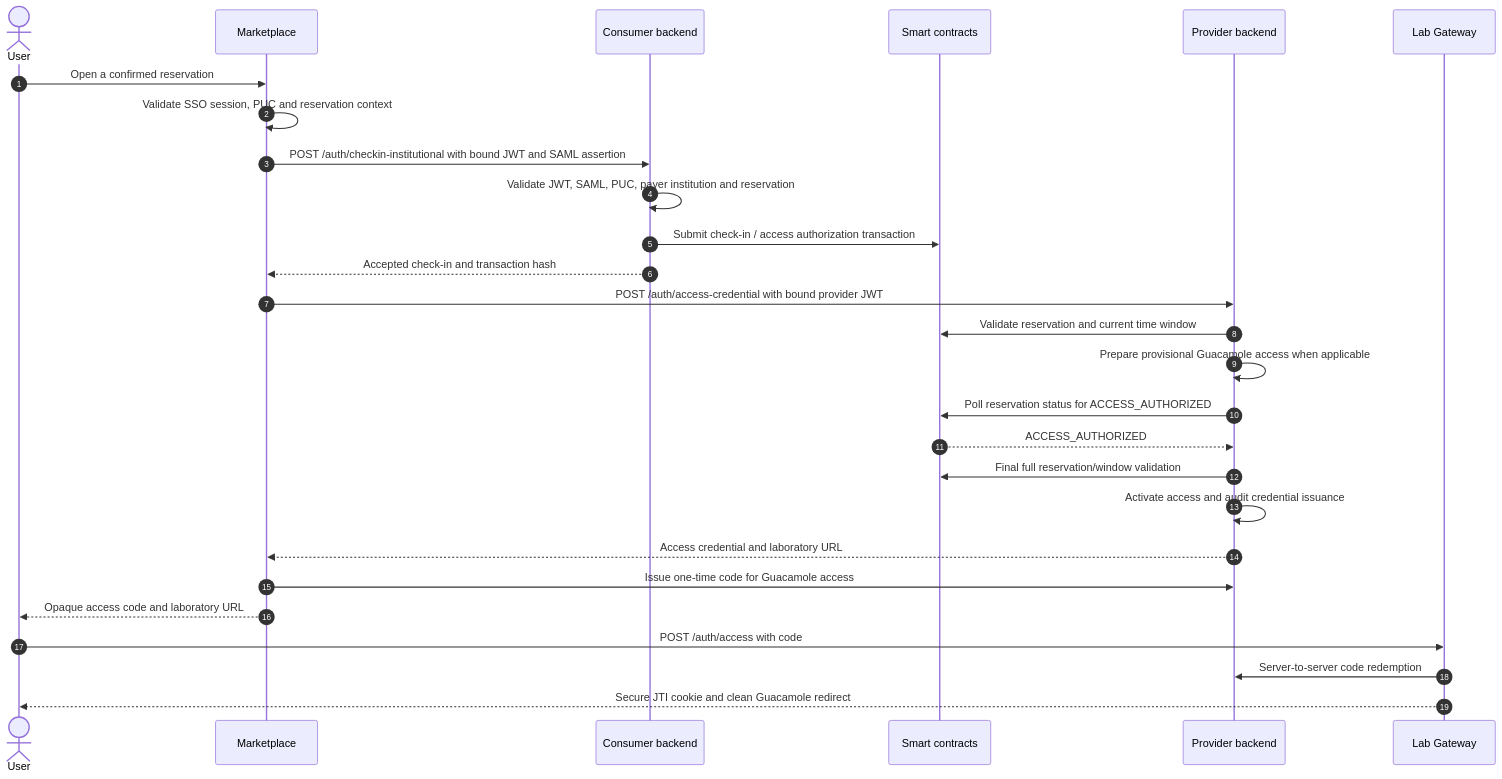
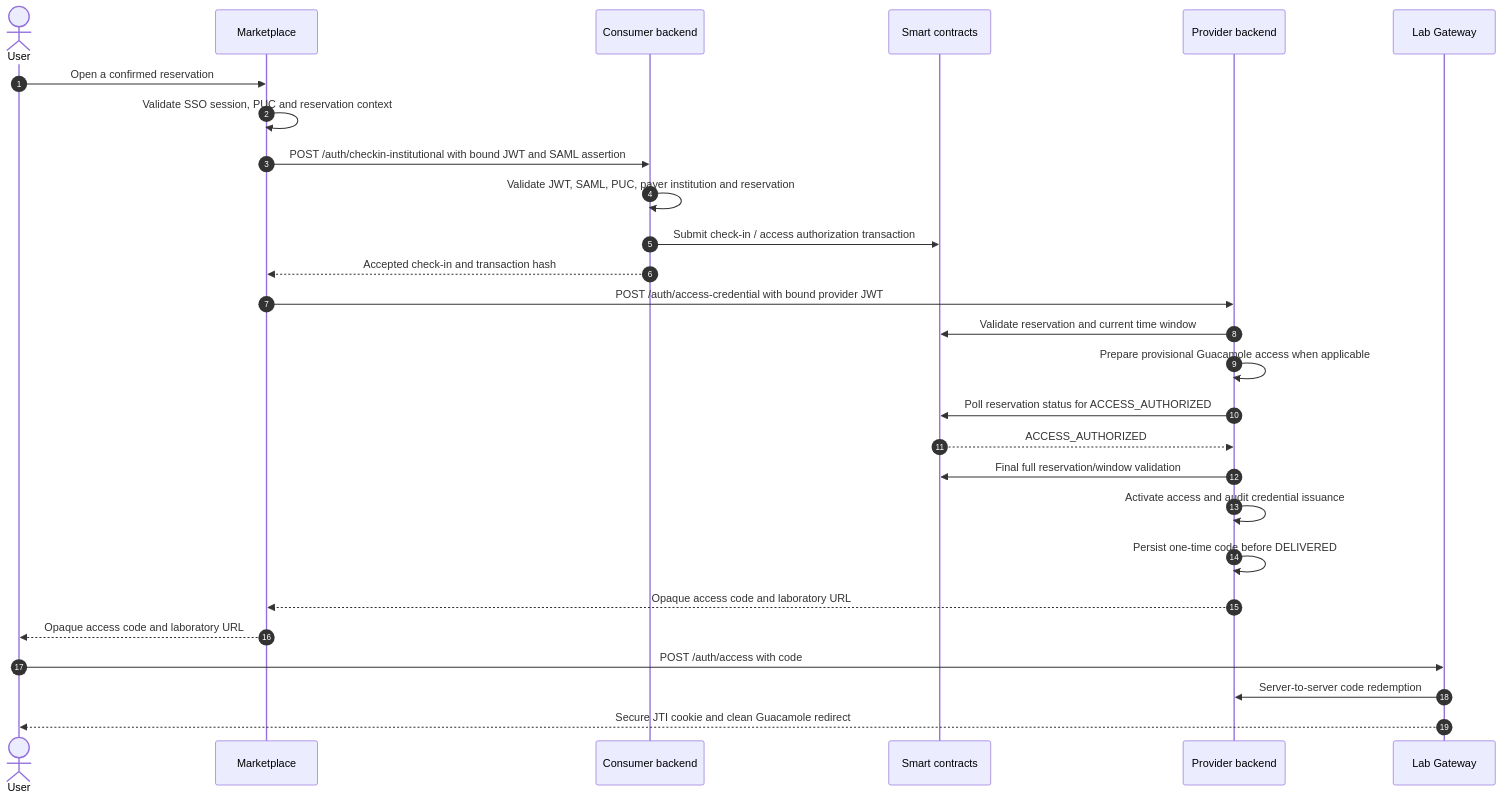
Before and after one commit to DecentraLabsCom/Lab-Gateway: the second of 2 diagrams in docs/workflows/institutional-check-in-access-sessions.md, drawn with Mermaid. The commit also changed other lines of this file and 23 other files, not shown here.

````diff
--- a/docs/workflows/institutional-check-in-access-sessions.md
+++ b/docs/workflows/institutional-check-in-access-sessions.md
@@ -46,30 +46,30 @@
 ```mermaid
 sequenceDiagram
     autonumber
     actor User
     participant Marketplace
     participant Consumer as Consumer backend
     participant Chain as Smart contracts
     participant Provider as Provider backend
     participant Gateway as Lab Gateway
 
     User->>Marketplace: Open a confirmed reservation
     Marketplace->>Marketplace: Validate SSO session, PUC and reservation context
     Marketplace->>Consumer: POST /auth/checkin-institutional with bound JWT and SAML assertion
     Consumer->>Consumer: Validate JWT, SAML, PUC, payer institution and reservation
     Consumer->>Chain: Submit check-in / access authorization transaction
     Consumer-->>Marketplace: Accepted check-in and transaction hash
     Marketplace->>Provider: POST /auth/access-credential with bound provider JWT
     Provider->>Chain: Validate reservation and current time window
     Provider->>Provider: Prepare provisional Guacamole access when applicable
     Provider->>Chain: Poll reservation status for ACCESS_AUTHORIZED
     Chain-->>Provider: ACCESS_AUTHORIZED
     Provider->>Chain: Final full reservation/window validation
     Provider->>Provider: Activate access and audit credential issuance
-    Provider-->>Marketplace: Access credential and laboratory URL
-    Marketplace->>Provider: Issue one-time code for Guacamole access
+    Provider->>Provider: Persist one-time code before DELIVERED
+    Provider-->>Marketplace: Opaque access code and laboratory URL
     Marketplace-->>User: Opaque access code and laboratory URL
     User->>Gateway: POST /auth/access with code
     Gateway->>Provider: Server-to-server code redemption
     Gateway-->>User: Secure JTI cookie and clean Guacamole redirect
 ```
````
